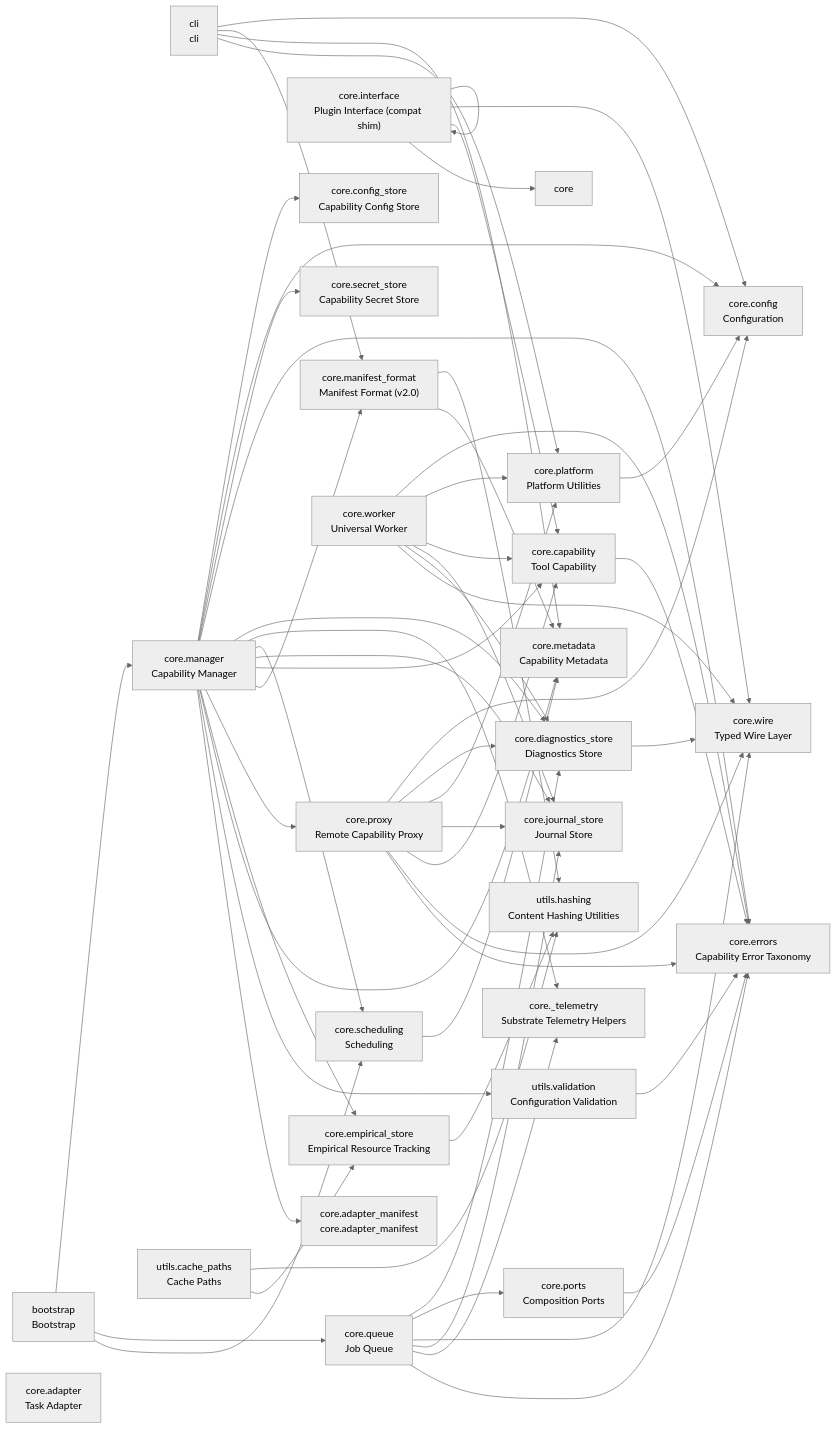
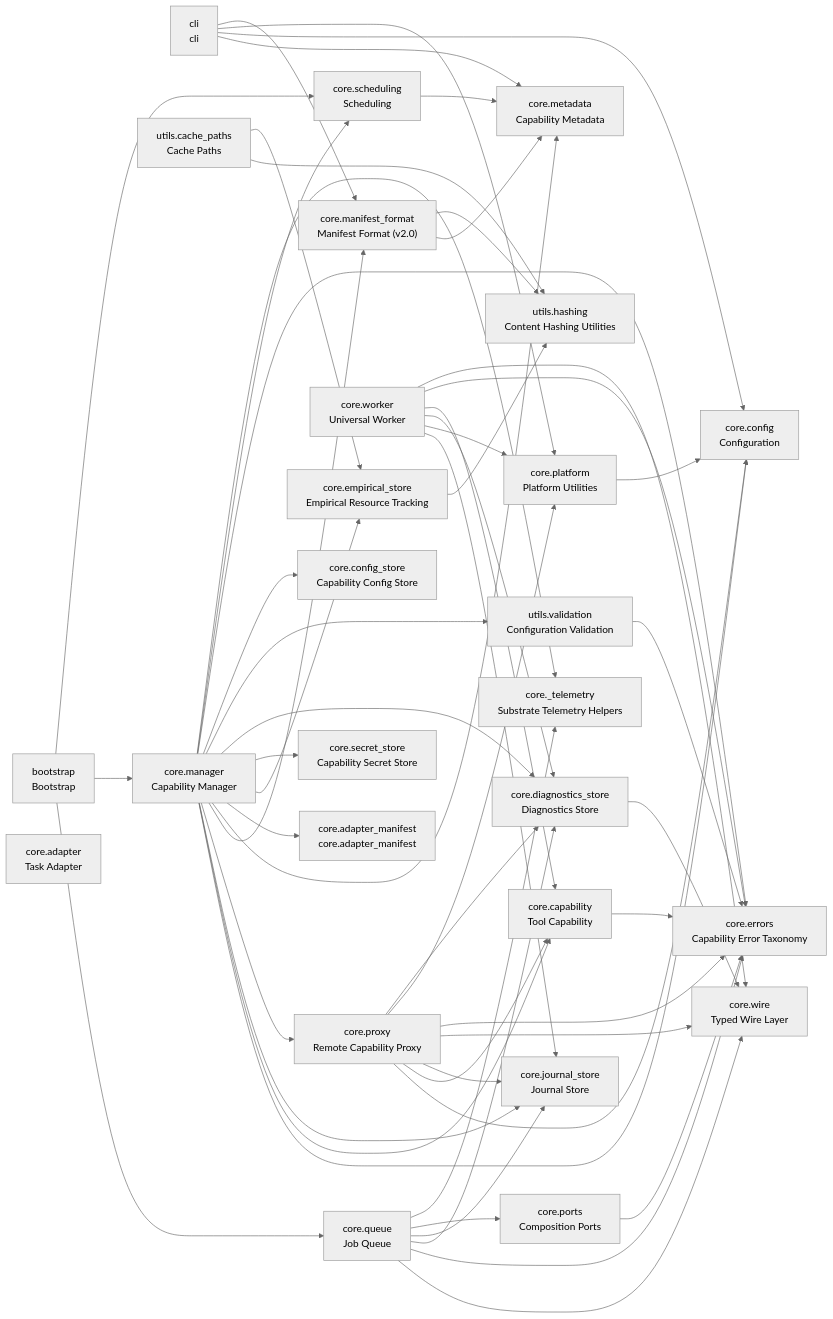
The diagram in README.md (cj-mills/cjm-substrate), drawn with Mermaid (neutral theme) before and after one commit. The commit also changed other lines of this file and 6 other files, not shown here.

First line of the commit message:
Stage 9 (SG-48): remove the PluginInterface alias module (core.interface)

```diff
--- a/README.md
+++ b/README.md
@@ -58,7 +57,6 @@
     core_diagnostics_store["core.diagnostics_store<br/>Diagnostics Store"]
     core_empirical_store["core.empirical_store<br/>Empirical Resource Tracking"]
     core_errors["core.errors<br/>Capability Error Taxonomy"]
-    core_interface["core.interface<br/>Plugin Interface (compat shim)"]
     core_journal_store["core.journal_store<br/>Journal Store"]
     core_manager["core.manager<br/>Capability Manager"]
     core_manifest_format["core.manifest_format<br/>Manifest Format (v2.0)"]
@@ -77,58 +75,54 @@
     utils_validation["utils.validation<br/>Configuration Validation"]
 
     bootstrap --> core_scheduling
+    bootstrap --> core_manager
     bootstrap --> core_queue
-    bootstrap --> core_manager
+    cli --> core_manifest_format
     cli --> core_platform
+    cli --> core_config
     cli --> core_metadata
-    cli --> core_manifest_format
-    cli --> core_config
     core_capability --> core_errors
     core_diagnostics_store --> core_wire
     core_empirical_store --> utils_hashing
-    core_interface --> core
-    core_interface --> core_interface
-    core_interface --> core_capability
-    core_interface --> core_wire
+    core_manager --> core__telemetry
+    core_manager --> core_scheduling
+    core_manager --> core_errors
+    core_manager --> core_config_store
+    core_manager --> utils_validation
+    core_manager --> core_diagnostics_store
+    core_manager --> core_secret_store
+    core_manager --> core_empirical_store
     core_manager --> core_adapter_manifest
-    core_manager --> utils_validation
     core_manager --> core_metadata
-    core_manager --> core_empirical_store
+    core_manager --> core_manifest_format
     core_manager --> core_proxy
-    core_manager --> core_manifest_format
+    core_manager --> core_journal_store
     core_manager --> core_capability
-    core_manager --> core_journal_store
-    core_manager --> core_scheduling
-    core_manager --> core__telemetry
-    core_manager --> core_diagnostics_store
-    core_manager --> core_errors
-    core_manager --> core_secret_store
     core_manager --> core_config
-    core_manager --> core_config_store
+    core_manifest_format --> utils_hashing
     core_manifest_format --> core_metadata
-    core_manifest_format --> utils_hashing
     core_platform --> core_config
     core_ports --> core_errors
+    core_proxy --> core_diagnostics_store
+    core_proxy --> core_platform
     core_proxy --> core_errors
     core_proxy --> core_wire
+    core_proxy --> core_journal_store
     core_proxy --> core_capability
-    core_proxy --> core_journal_store
-    core_proxy --> core_platform
-    core_proxy --> core_diagnostics_store
     core_proxy --> core_config
+    core_queue --> core__telemetry
+    core_queue --> core_ports
+    core_queue --> core_journal_store
+    core_queue --> core_diagnostics_store
     core_queue --> core_errors
-    core_queue --> core__telemetry
-    core_queue --> core_journal_store
     core_queue --> core_wire
-    core_queue --> core_ports
-    core_queue --> core_diagnostics_store
     core_scheduling --> core_metadata
     core_worker --> core_wire
+    core_worker --> core_errors
+    core_worker --> core_capability
     core_worker --> core_diagnostics_store
+    core_worker --> core_platform
     core_worker --> core_journal_store
-    core_worker --> core_capability
-    core_worker --> core_platform
-    core_worker --> core_errors
     utils_cache_paths --> core_empirical_store
     utils_cache_paths --> utils_hashing
     utils_validation --> core_errors
```
